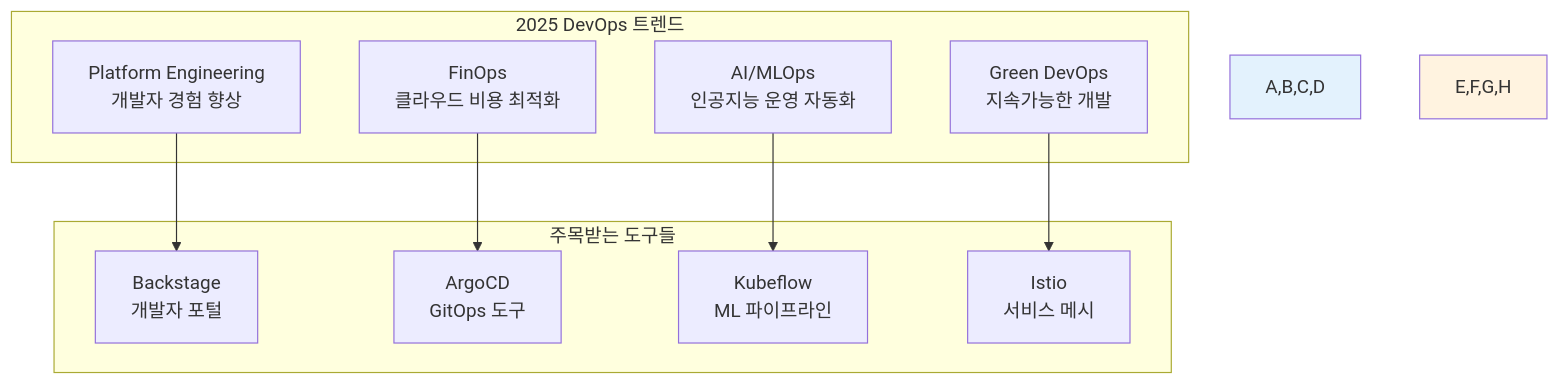
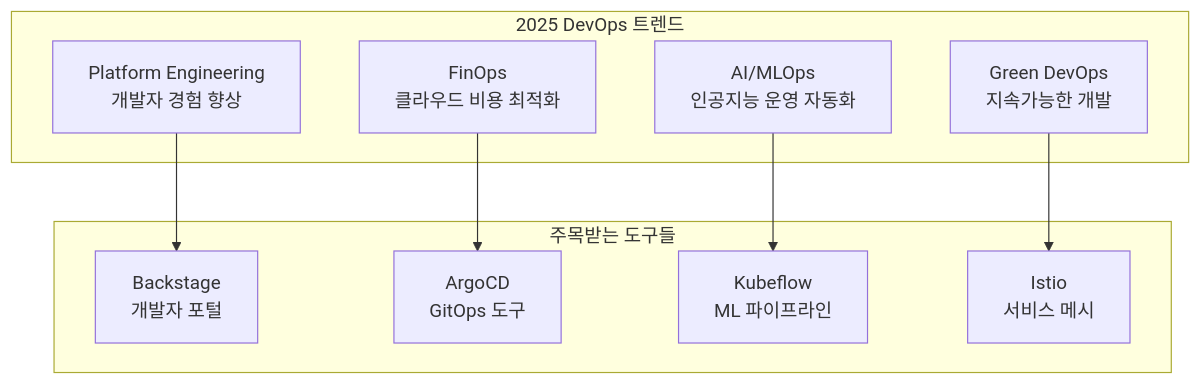
Before and after one commit to niceguy61/kdt_devops_lecture_2025: the third of 6 diagrams in theory/week_01/day1/session_3.md, drawn with Mermaid.

````diff
--- a/theory/week_01/day1/session_3.md
+++ b/theory/week_01/day1/session_3.md
@@ -96,24 +96,21 @@
 ```mermaid
 graph TB
     subgraph "2025 DevOps 트렌드"
         A[Platform Engineering<br/>개발자 경험 향상]
         B[FinOps<br/>클라우드 비용 최적화]
         C[AI/MLOps<br/>인공지능 운영 자동화]
         D[Green DevOps<br/>지속가능한 개발]
     end
     
     subgraph "주목받는 도구들"
         E[Backstage<br/>개발자 포털]
         F[ArgoCD<br/>GitOps 도구]
         G[Kubeflow<br/>ML 파이프라인]
         H[Istio<br/>서비스 메시]
     end
     
     A --> E
     B --> F
     C --> G
     D --> H
-    
-    style A,B,C,D fill:#e3f2fd
-    style E,F,G,H fill:#fff3e0
 ```
````
